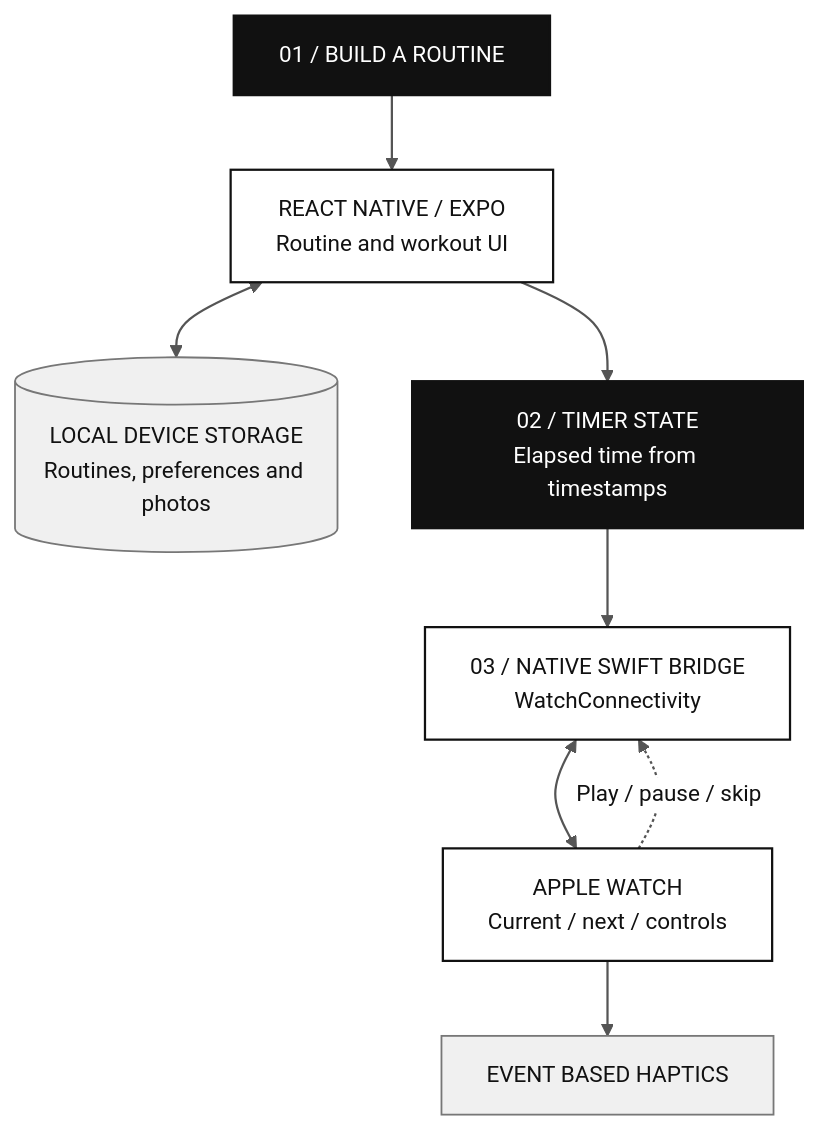
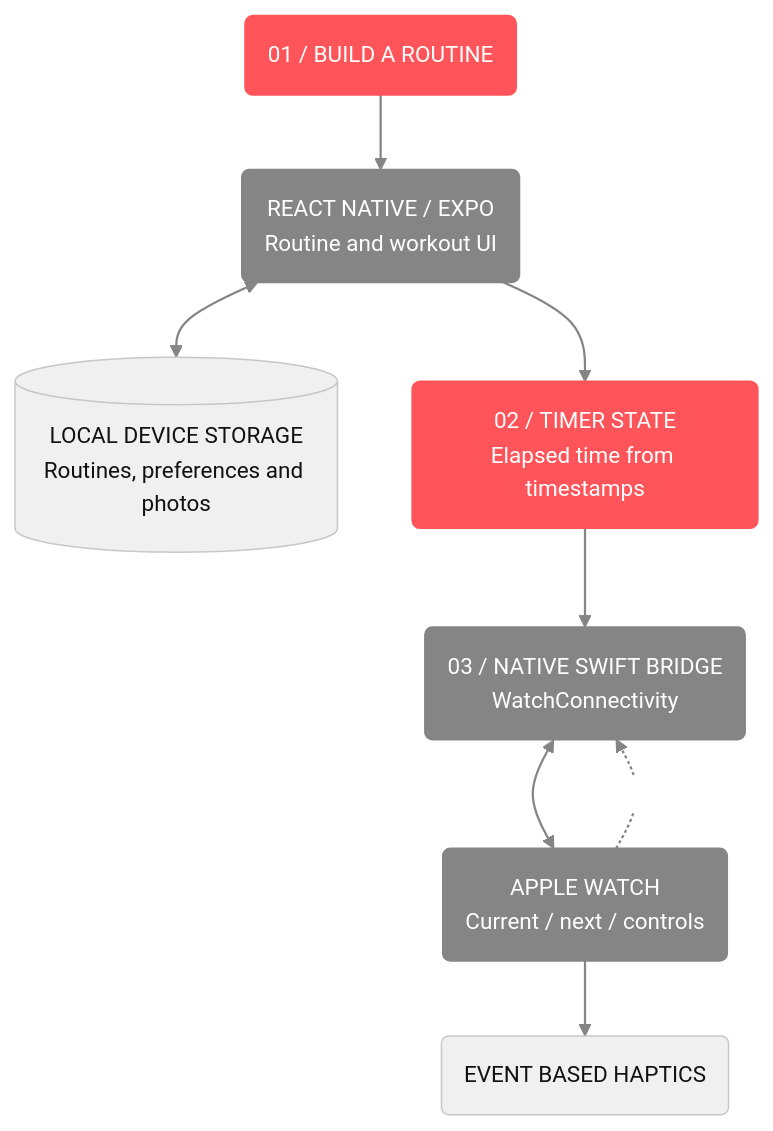
The diagram in README.md (barbarakprokop/concrete-sets), drawn with Mermaid before and after one commit.

Commit message:
Restyle architecture diagram with coral pills and grey flow components

````diff
--- a/README.md
+++ b/README.md
@@ -26,18 +26,19 @@
 ```mermaid
-%%{init: {"theme": "base", "themeVariables": {"fontFamily":"Arial, Helvetica, sans-serif","fontSize":"15px","primaryColor":"#FFFFFF","primaryTextColor":"#111111","primaryBorderColor":"#111111","lineColor":"#555555","edgeLabelBackground":"#FFFFFF"}}}%%
+%%{init: {"theme":"base","themeVariables":{"fontFamily":"Arial, Helvetica, sans-serif","fontSize":"15px","primaryColor":"#FF555A","primaryTextColor":"#FFFFFF","primaryBorderColor":"#FF555A","lineColor":"#858585","secondaryColor":"#858585","tertiaryColor":"#F0F0F0","edgeLabelBackground":"#FFFFFF"}}}%%
 flowchart TB
-    USER["01 / BUILD A ROUTINE"] --> APP["REACT NATIVE / EXPO<br/>Routine and workout UI"]
+    USER("01 / BUILD A ROUTINE") --> APP("REACT NATIVE / EXPO<br/>Routine and workout UI")
     APP <--> LOCAL[("LOCAL DEVICE STORAGE<br/>Routines, preferences and photos")]
-    APP --> CLOCK["02 / TIMER STATE<br/>Elapsed time from timestamps"]
-    CLOCK --> BRIDGE["03 / NATIVE SWIFT BRIDGE<br/>WatchConnectivity"]
-    BRIDGE <--> WATCH["APPLE WATCH<br/>Current / next / controls"]
-    WATCH --> HAPTIC["EVENT BASED HAPTICS"]
+    APP --> CLOCK("02 / TIMER STATE<br/>Elapsed time from timestamps")
+    CLOCK --> BRIDGE("03 / NATIVE SWIFT BRIDGE<br/>WatchConnectivity")
+    BRIDGE <--> WATCH("APPLE WATCH<br/>Current / next / controls")
+    WATCH --> HAPTIC("EVENT BASED HAPTICS")
     WATCH -.->|Play / pause / skip| BRIDGE
-    classDef ink fill:#111111,stroke:#111111,color:#FFFFFF,stroke-width:2px;
-    classDef outline fill:#FFFFFF,stroke:#111111,color:#111111,stroke-width:1.5px;
-    classDef muted fill:#F0F0F0,stroke:#777777,color:#111111,stroke-width:1.2px;
-    class USER,CLOCK ink;
-    class APP,BRIDGE,WATCH outline;
-    class LOCAL,HAPTIC muted;
-    linkStyle default stroke:#555555,stroke-width:1.5px;
+    classDef primary fill:#FF555A,stroke:#FF555A,color:#FFFFFF,stroke-width:1.5px;
+    classDef secondary fill:#858585,stroke:#858585,color:#FFFFFF,stroke-width:1.2px;
+    classDef annotation fill:#F0F0F0,stroke:#C7C7C7,color:#111111,stroke-width:1px;
+    classDef future fill:#F0F0F0,stroke:#999999,color:#555555,stroke-width:1.2px,stroke-dasharray:5 4;
+    class USER,CLOCK primary;
+    class APP,BRIDGE,WATCH secondary;
+    class LOCAL,HAPTIC annotation;
+    linkStyle default stroke:#858585,stroke-width:1.5px;
 ```
````
